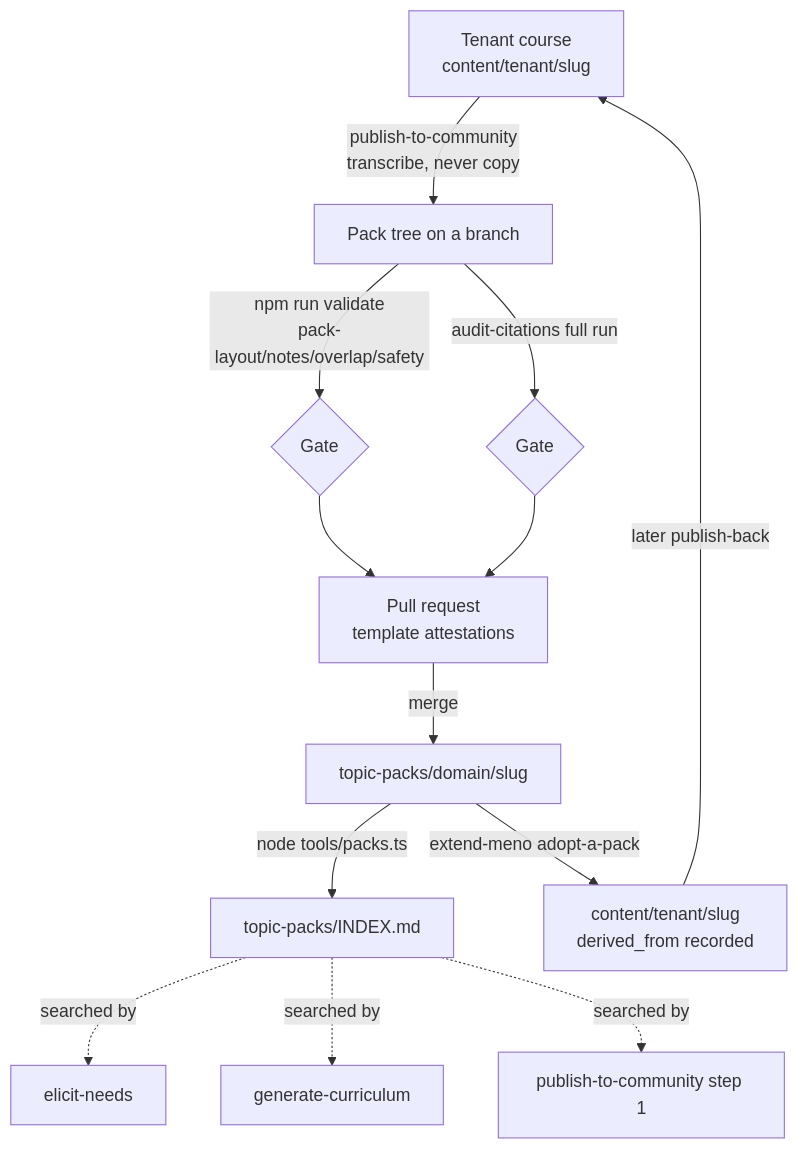
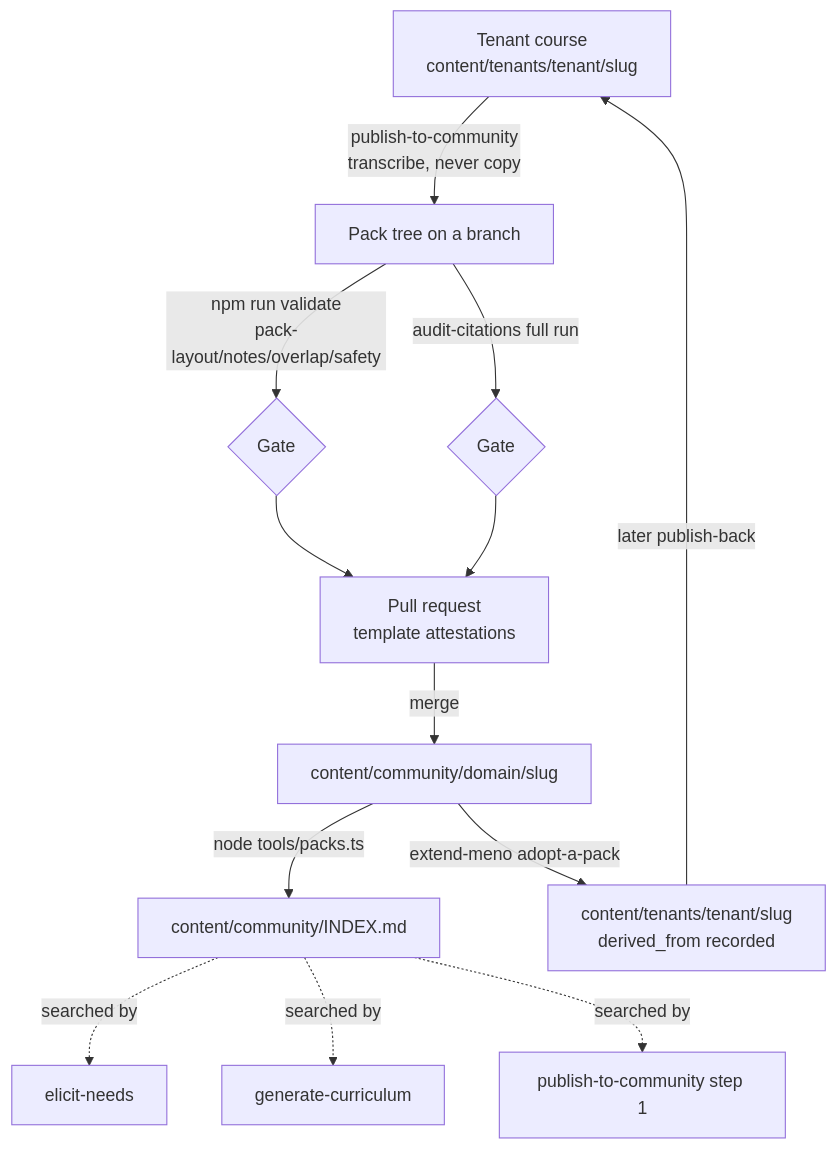
The diagram in docs/specs/community.md (avishek2002/meno), drawn with Mermaid before and after one commit. The commit also changed other lines of this file and 67 other files, not shown here.

````diff
--- a/docs/specs/community.md
+++ b/docs/specs/community.md
@@ -71,15 +72,15 @@
 ```mermaid
 graph TD
-    T[Tenant course<br/>content/tenant/slug] -->|publish-to-community<br/>transcribe, never copy| PT[Pack tree on a branch]
+    T[Tenant course<br/>content/tenants/tenant/slug] -->|publish-to-community<br/>transcribe, never copy| PT[Pack tree on a branch]
     PT -->|npm run validate<br/>pack-layout/notes/overlap/safety| G1{Gate}
     PT -->|audit-citations full run| G2{Gate}
     G1 --> PR[Pull request<br/>template attestations]
     G2 --> PR
-    PR -->|merge| P[topic-packs/domain/slug]
-    P -->|node tools/packs.ts| IDX[topic-packs/INDEX.md]
+    PR -->|merge| P[content/community/domain/slug]
+    P -->|node tools/packs.ts| IDX[content/community/INDEX.md]
     IDX -.searched by.-> EN[elicit-needs]
     IDX -.searched by.-> GC[generate-curriculum]
     IDX -.searched by.-> PB[publish-to-community step 1]
-    P -->|extend-meno adopt-a-pack| C[content/tenant/slug<br/>derived_from recorded]
+    P -->|extend-meno adopt-a-pack| C[content/tenants/tenant/slug<br/>derived_from recorded]
     C -->|later publish-back| T
 ```
````
